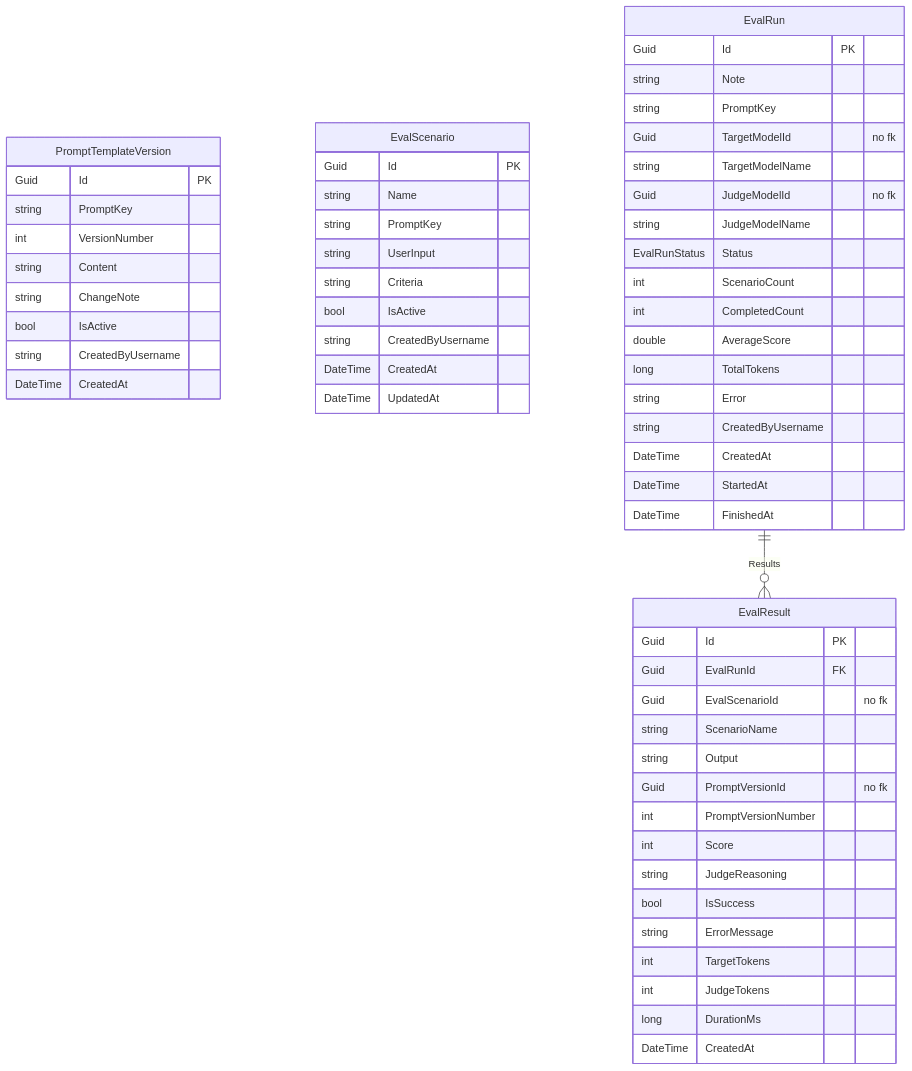
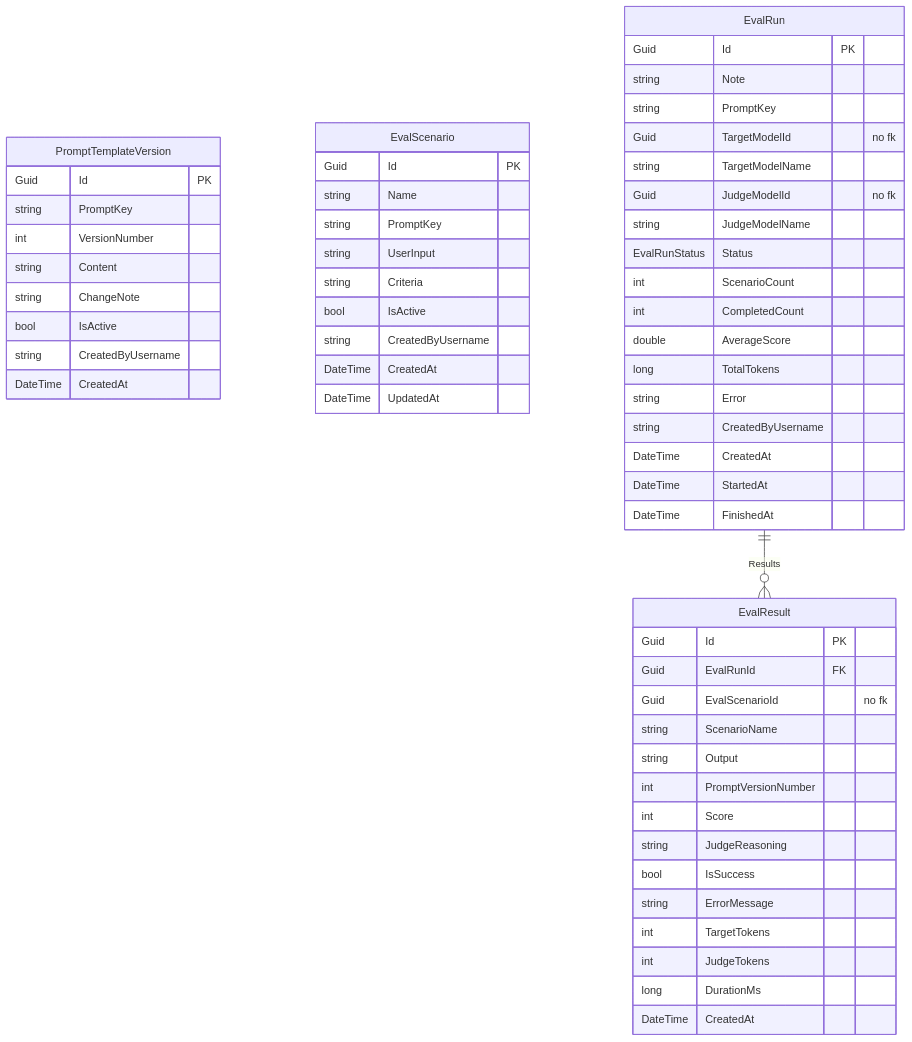
The eighth of 9 diagrams in docs/data-model.md (Songlong0506/ICOGenerator-v4), drawn with Mermaid before and after one commit. The commit also changed other lines of this file and 65 other files, not shown here.

````diff
--- a/docs/data-model.md
+++ b/docs/data-model.md
@@ -474,65 +467,64 @@
 ```mermaid
 erDiagram
     PromptTemplateVersion {
         Guid Id PK
         string PromptKey
         int VersionNumber
         string Content
         string ChangeNote
         bool IsActive
         string CreatedByUsername
         DateTime CreatedAt
     }
 
     EvalScenario {
         Guid Id PK
         string Name
         string PromptKey
         string UserInput
         string Criteria
         bool IsActive
         string CreatedByUsername
         DateTime CreatedAt
         DateTime UpdatedAt
     }
 
     EvalRun {
         Guid Id PK
         string Note
         string PromptKey
         Guid TargetModelId "no fk"
         string TargetModelName
         Guid JudgeModelId "no fk"
         string JudgeModelName
         EvalRunStatus Status
         int ScenarioCount
         int CompletedCount
         double AverageScore
         long TotalTokens
         string Error
         string CreatedByUsername
         DateTime CreatedAt
         DateTime StartedAt
         DateTime FinishedAt
     }
 
     EvalResult {
         Guid Id PK
         Guid EvalRunId FK
         Guid EvalScenarioId "no fk"
         string ScenarioName
         string Output
-        Guid PromptVersionId "no fk"
         int PromptVersionNumber
         int Score
         string JudgeReasoning
         bool IsSuccess
         string ErrorMessage
         int TargetTokens
         int JudgeTokens
         long DurationMs
         DateTime CreatedAt
     }
 
     EvalRun ||--o{ EvalResult : Results
 ```
````
